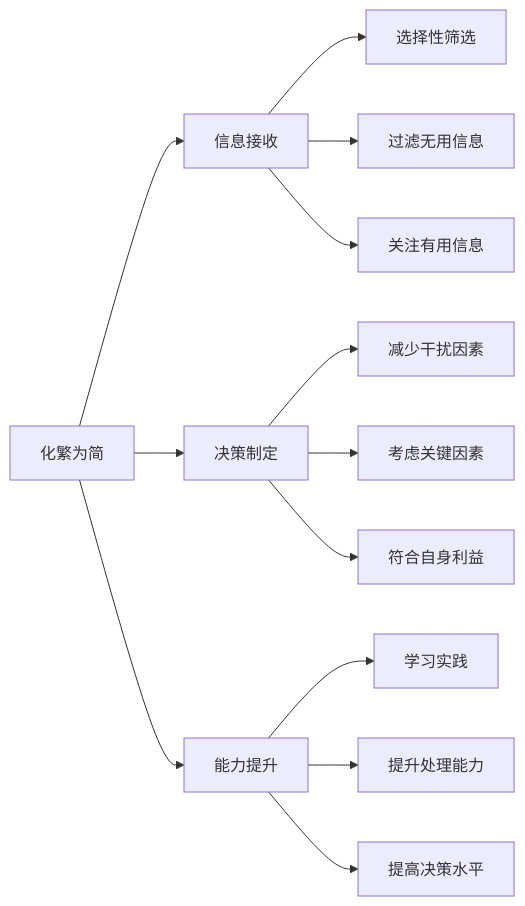
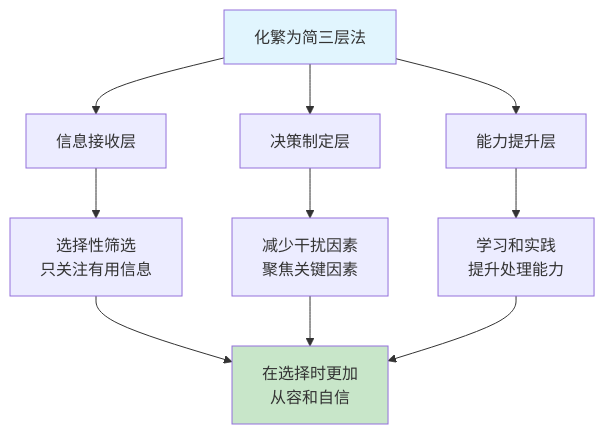
One commit to chongyang211/YCBookBlog changed the eighth of 10 diagrams in 10.自我进阶提升书/02.信息筛选和体系/2.1信息过载怎么办.md. Above: the diagram before and after it, drawn with Mermaid. The commit also changed other lines of this file and 28 other files, not shown here.

````diff
--- a/10.自我进阶提升书/02.信息筛选和体系/2.1信息过载怎么办.md
+++ b/10.自我进阶提升书/02.信息筛选和体系/2.1信息过载怎么办.md
@@ -264,18 +303,17 @@
 ```mermaid
-graph LR
-    A[化繁为简] --> B[信息接收]
-    A --> C[决策制定]
-    A --> D[能力提升]
+graph TD
+    A[化繁为简三层法] --> B[信息接收层]
+    A --> C[决策制定层]
+    A --> D[能力提升层]
     
-    B --> B1[选择性筛选]
-    B --> B2[过滤无用信息]
-    B --> B3[关注有用信息]
+    B --> B1[选择性筛选<br/>只关注有用信息]
+    C --> C1[减少干扰因素<br/>聚焦关键因素]
+    D --> D1[学习和实践<br/>提升处理能力]
     
-    C --> C1[减少干扰因素]
-    C --> C2[考虑关键因素]
-    C --> C3[符合自身利益]
+    B1 --> E[在选择时更加<br/>从容和自信]
+    C1 --> E
+    D1 --> E
     
-    D --> D1[学习实践]
-    D --> D2[提升处理能力]
-    D --> D3[提高决策水平]
+    style A fill:#e1f5fe
+    style E fill:#c8e6c9
 ```
````
